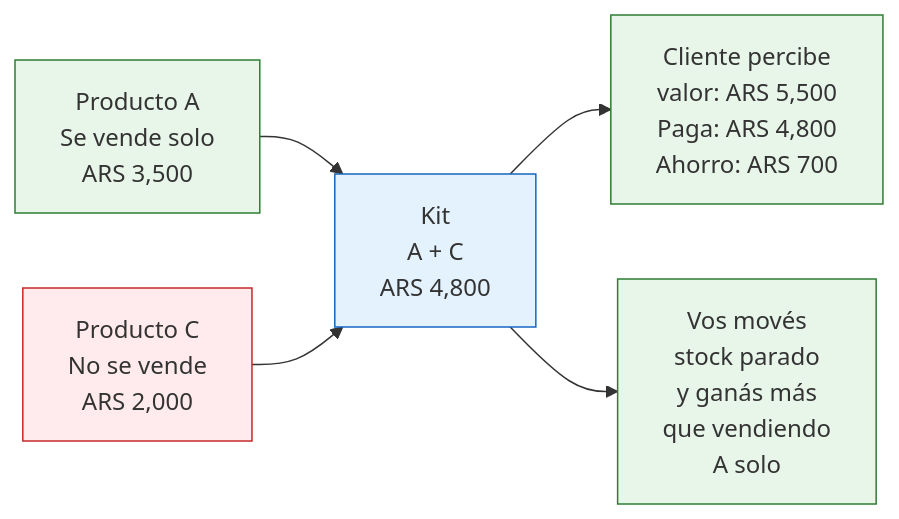
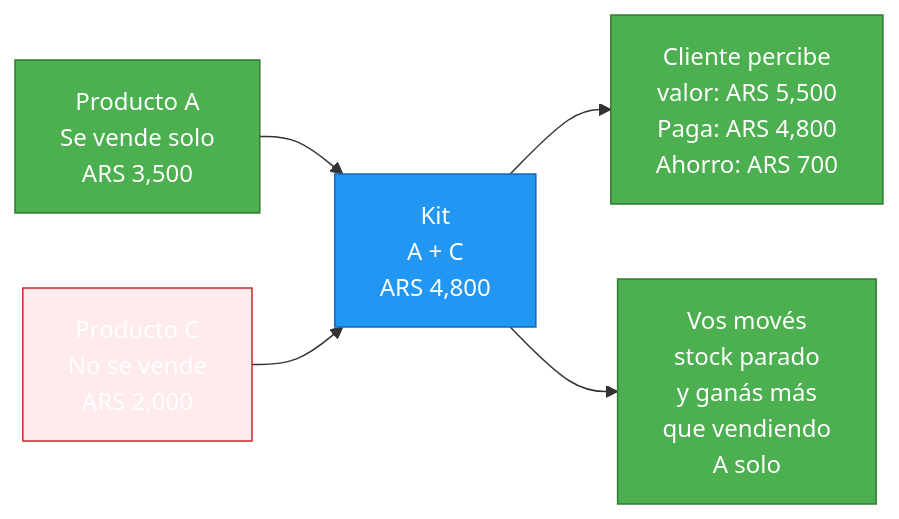
Before and after one commit to barrosignacioezequiel-coder/docs: the diagram in app/paso1-argentina/crecer-gestionar/pricing-dinamico.mdx, drawn with Mermaid. The commit also changed 66 other files, not shown here.

First line of the commit message:
fix: resolve Mermaid v11 numbered list errors + improve contrast

````diff
--- a/app/paso1-argentina/crecer-gestionar/pricing-dinamico.mdx
+++ b/app/paso1-argentina/crecer-gestionar/pricing-dinamico.mdx
@@ -89,13 +89,13 @@
 ```mermaid
 graph LR
     A["Producto A<br/>Se vende solo<br/>ARS 3,500"] --> D["Kit<br/>A + C<br/>ARS 4,800"]
     B["Producto C<br/>No se vende<br/>ARS 2,000"] --> D
     D --> E["Cliente percibe<br/>valor: ARS 5,500<br/>Paga: ARS 4,800<br/>Ahorro: ARS 700"]
     D --> F["Vos movés<br/>stock parado<br/>y ganás más<br/>que vendiendo<br/>A solo"]
 
-    style A fill:#e8f5e9,stroke:#2e7d32
-    style B fill:#ffebee,stroke:#c62828
-    style D fill:#e3f2fd,stroke:#1565c0
-    style E fill:#e8f5e9,stroke:#2e7d32
-    style F fill:#e8f5e9,stroke:#2e7d32
+    style A fill:#4caf50,stroke:#2e7d32,color:#fff
+    style B fill:#ffebee,stroke:#c62828,color:#fff
+    style D fill:#2196f3,stroke:#1565c0,color:#fff
+    style E fill:#4caf50,stroke:#2e7d32,color:#fff
+    style F fill:#4caf50,stroke:#2e7d32,color:#fff
 ```
````
